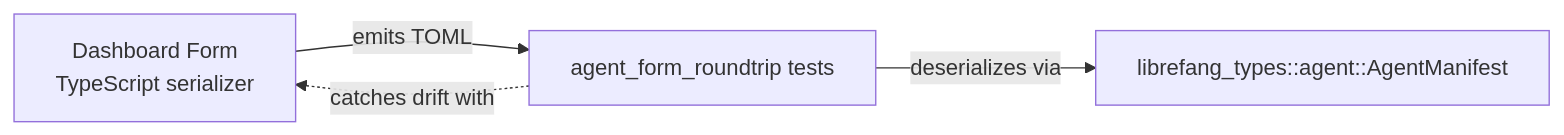
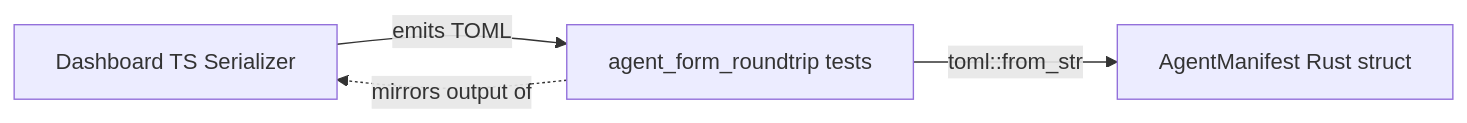
Before and after one commit to leszek3737/librefang-WIki: the diagram in other-librefang-types-tests.md, drawn with Mermaid. The commit also changed other lines of this file and 118 other files, not shown here.

````diff
--- a/other-librefang-types-tests.md
+++ b/other-librefang-types-tests.md
@@ -55,6 +13,6 @@
 ```mermaid
-flowchart LR
-    A[Dashboard Form<br/>TypeScript serializer] -->|emits TOML| B[agent_form_roundtrip tests]
-    B -->|deserializes via| C[librefang_types::agent::AgentManifest]
-    B -.->|catches drift with| A
+graph LR
+    A[Dashboard TS Serializer] -->|emits TOML| B[agent_form_roundtrip tests]
+    B -->|toml::from_str| C[AgentManifest Rust struct]
+    B -.->|mirrors output of| A
 ```
````
